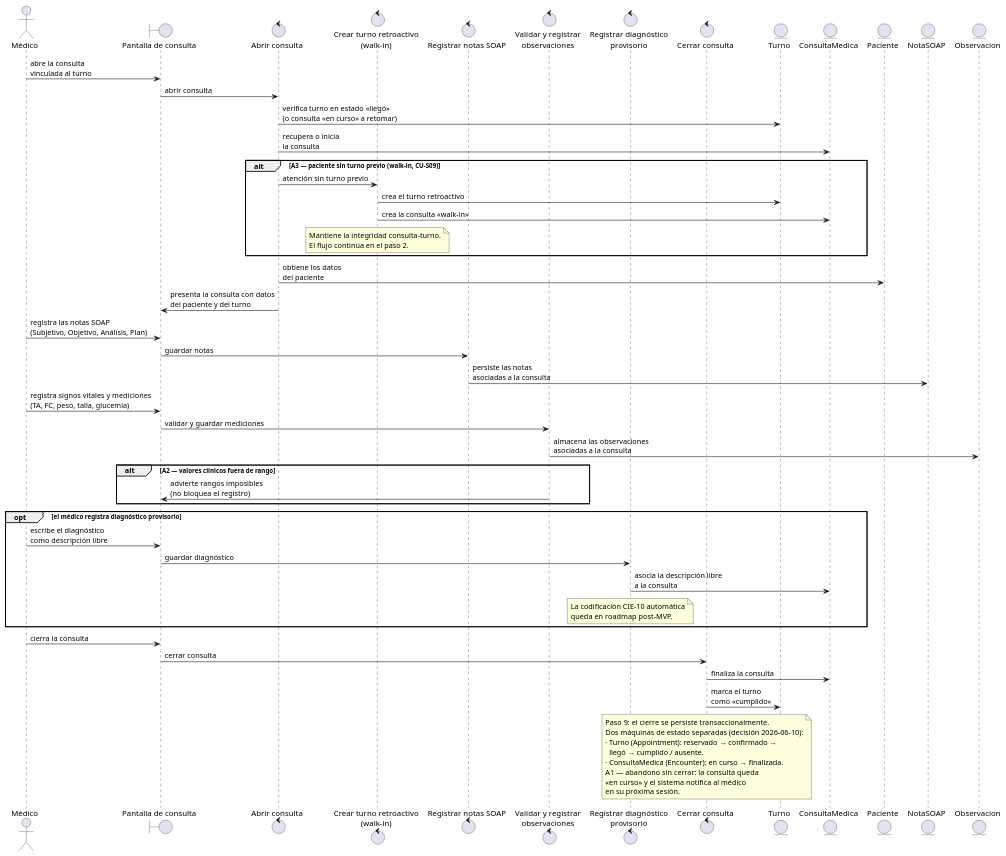
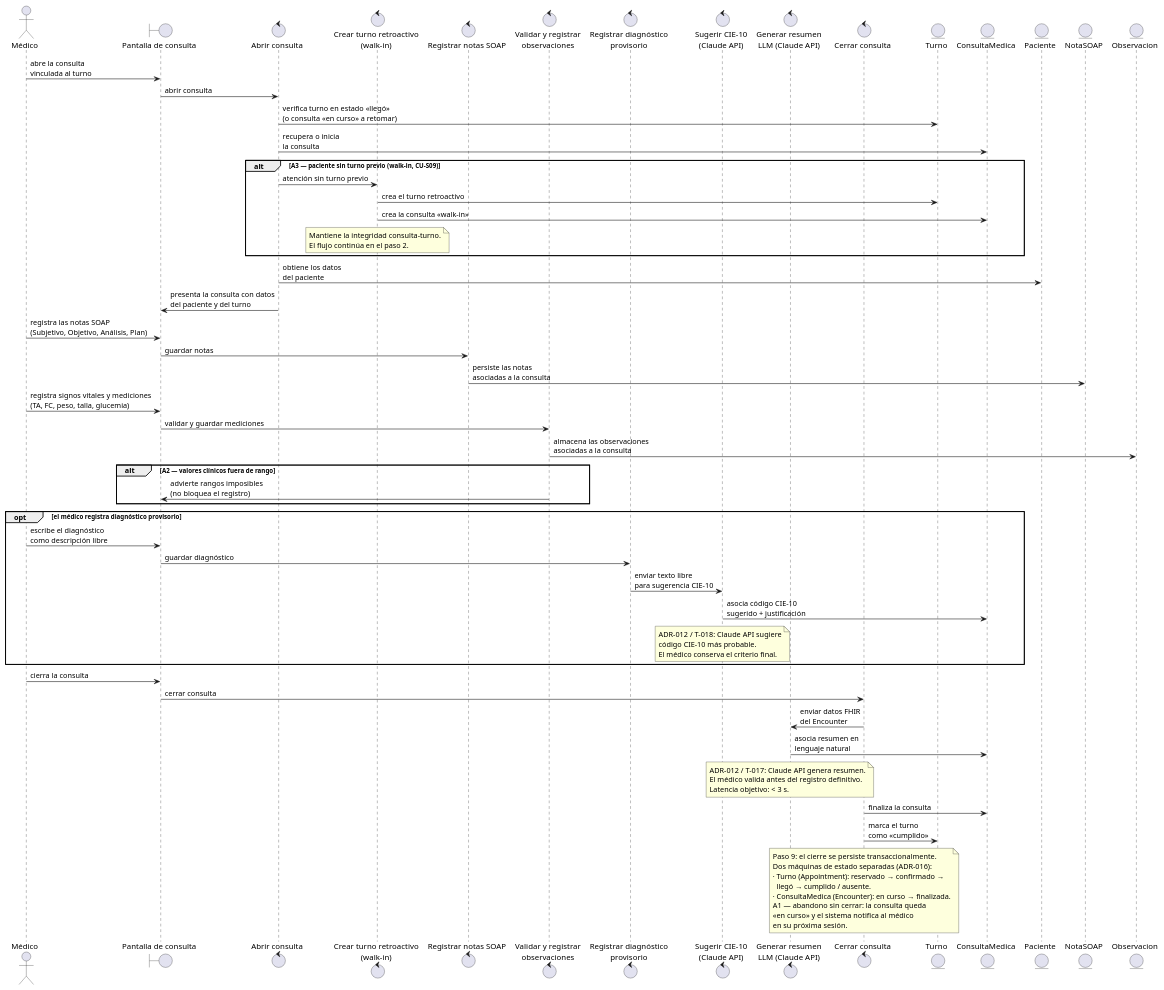
One commit to JulianDeco/sist_clinica changed the diagram in seminario/iconix/diagramas/04-robustez-cu02.puml. Above: the diagram before and after it, drawn with PlantUML. The commit also changed 9 other files, not shown here.

First line of the commit message:
fix(arch): corregir violación de capa RoleRepository + ADR-016 + diagramas CU-02 LLM

```diff
--- a/seminario/iconix/diagramas/04-robustez-cu02.puml
+++ b/seminario/iconix/diagramas/04-robustez-cu02.puml
@@ -1,103 +1,114 @@
 @startuml robustez_CU02
 ' =====================================================================
 ' Diagrama de robustez ICONIX — CU-02 Gestionar consulta médica (SOAP básico)
 ' Entrega T-020 — deliverable 6 · Seminario de Trabajo Final UAI 2026
 '
 ' Cubre: seminario/iconix/02-especificacion-casos-de-uso.md → sección CU-02
 '   (curso básico pasos 1–9, cursos alternos A1–A3) e incorpora la
 '   extensión CU-S09 (Crear turno retroactivo / walk-in).
 ' Entidades: tomadas 1:1 del modelo de dominio (02-dominio.puml).
 '
 ' Trazabilidad curso básico → flechas:
 '   Paso 1 → Medico -> UI ; UI -> ABR ; ABR -> TUR ; ABR -> CON
 '   Paso 2 → ABR -> PAC ; ABR -> UI «presenta la consulta»
 '   Paso 3 → Medico -> UI «registra las notas SOAP»
 '   Paso 4 → UI -> NOT ; NOT -> NOTA
 '   Paso 5 → Medico -> UI «registra signos vitales y mediciones»
 '   Paso 6 → UI -> VOBS ; VOBS -> OBS
-'   Paso 7 → (opcional) Medico -> UI ; UI -> DIAG ; DIAG -> CON
+'   Paso 7 → (opcional) Medico -> UI ; UI -> DIAG ; DIAG -> LLM_CIE ; LLM_CIE -> CON
 '   Paso 8 → Medico -> UI «cierra la consulta»
-'   Paso 9 → UI -> CIE ; CIE -> CON ; CIE -> TUR (transaccional)
+'   Paso 9 → UI -> CIE ; CIE -> LLM_RES ; LLM_RES -> CON ; CIE -> TUR (transaccional)
 ' Cursos alternos:
 '   A1 → nota sobre CIE (abandono sin cerrar: queda «en curso»)
 '   A2 → rama alt: VOBS -> UI (advierte, no bloquea)
 '   A3 → rama alt: ABR -> WALK ; WALK -> TUR ; WALK -> CON     (CU-S09)
 ' =====================================================================
 
 actor "Médico" as Medico
 boundary "Pantalla de consulta" as UI
 control "Abrir consulta" as ABR
 control "Crear turno retroactivo\n(walk-in)" as WALK
 control "Registrar notas SOAP" as NOT
 control "Validar y registrar\nobservaciones" as VOBS
 control "Registrar diagnóstico\nprovisorio" as DIAG
+control "Sugerir CIE-10\n(Claude API)" as LLM_CIE
+control "Generar resumen\nLLM (Claude API)" as LLM_RES
 control "Cerrar consulta" as CIE
 entity "Turno" as TUR
 entity "ConsultaMedica" as CON
 entity "Paciente" as PAC
 entity "NotaSOAP" as NOTA
 entity "Observacion" as OBS
 
 ' ----- Paso 1 -----
 Medico -> UI : abre la consulta\nvinculada al turno
 UI -> ABR : abrir consulta
 ABR -> TUR : verifica turno en estado «llegó»\n(o consulta «en curso» a retomar)
 ABR -> CON : recupera o inicia\nla consulta
 
 alt A3 — paciente sin turno previo (walk-in, CU-S09)
   ABR -> WALK : atención sin turno previo
   WALK -> TUR : crea el turno retroactivo
   WALK -> CON : crea la consulta «walk-in»
   note over WALK
     Mantiene la integridad consulta–turno.
     El flujo continúa en el paso 2.
   end note
 end
 
 ' ----- Paso 2 -----
 ABR -> PAC : obtiene los datos\ndel paciente
 ABR -> UI : presenta la consulta con datos\ndel paciente y del turno
 
 ' ----- Pasos 3–4 -----
 Medico -> UI : registra las notas SOAP\n(Subjetivo, Objetivo, Análisis, Plan)
 UI -> NOT : guardar notas
 NOT -> NOTA : persiste las notas\nasociadas a la consulta
 
 ' ----- Pasos 5–6 -----
 Medico -> UI : registra signos vitales y mediciones\n(TA, FC, peso, talla, glucemia)
 UI -> VOBS : validar y guardar mediciones
 VOBS -> OBS : almacena las observaciones\nasociadas a la consulta
 
 alt A2 — valores clínicos fuera de rango
   VOBS -> UI : advierte rangos imposibles\n(no bloquea el registro)
 end
 
 ' ----- Paso 7 (opcional) -----
 opt el médico registra diagnóstico provisorio
   Medico -> UI : escribe el diagnóstico\ncomo descripción libre
   UI -> DIAG : guardar diagnóstico
-  DIAG -> CON : asocia la descripción libre\na la consulta
-  note over DIAG
-    La codificación CIE-10 automática
-    queda en roadmap post-MVP.
+  DIAG -> LLM_CIE : enviar texto libre\npara sugerencia CIE-10
+  LLM_CIE -> CON : asocia código CIE-10\nsugerido + justificación
+  note over LLM_CIE
+    ADR-012 / T-018: Claude API sugiere
+    código CIE-10 más probable.
+    El médico conserva el criterio final.
   end note
 end
 
 ' ----- Pasos 8–9 -----
 Medico -> UI : cierra la consulta
 UI -> CIE : cerrar consulta
+CIE -> LLM_RES : enviar datos FHIR\ndel Encounter
+LLM_RES -> CON : asocia resumen en\nlenguaje natural
+note over LLM_RES
+  ADR-012 / T-017: Claude API genera resumen.
+  El médico valida antes del registro definitivo.
+  Latencia objetivo: < 3 s.
+end note
 CIE -> CON : finaliza la consulta
 CIE -> TUR : marca el turno\ncomo «cumplido»
 
 note over CIE
   Paso 9: el cierre se persiste transaccionalmente.
-  Dos máquinas de estado separadas (decisión 2026-06-10):
+  Dos máquinas de estado separadas (ADR-016):
   · Turno (Appointment): reservado → confirmado →
     llegó → cumplido / ausente.
   · ConsultaMedica (Encounter): en curso → finalizada.
   A1 — abandono sin cerrar: la consulta queda
   «en curso» y el sistema notifica al médico
   en su próxima sesión.
 end note
 
 @enduml
```
